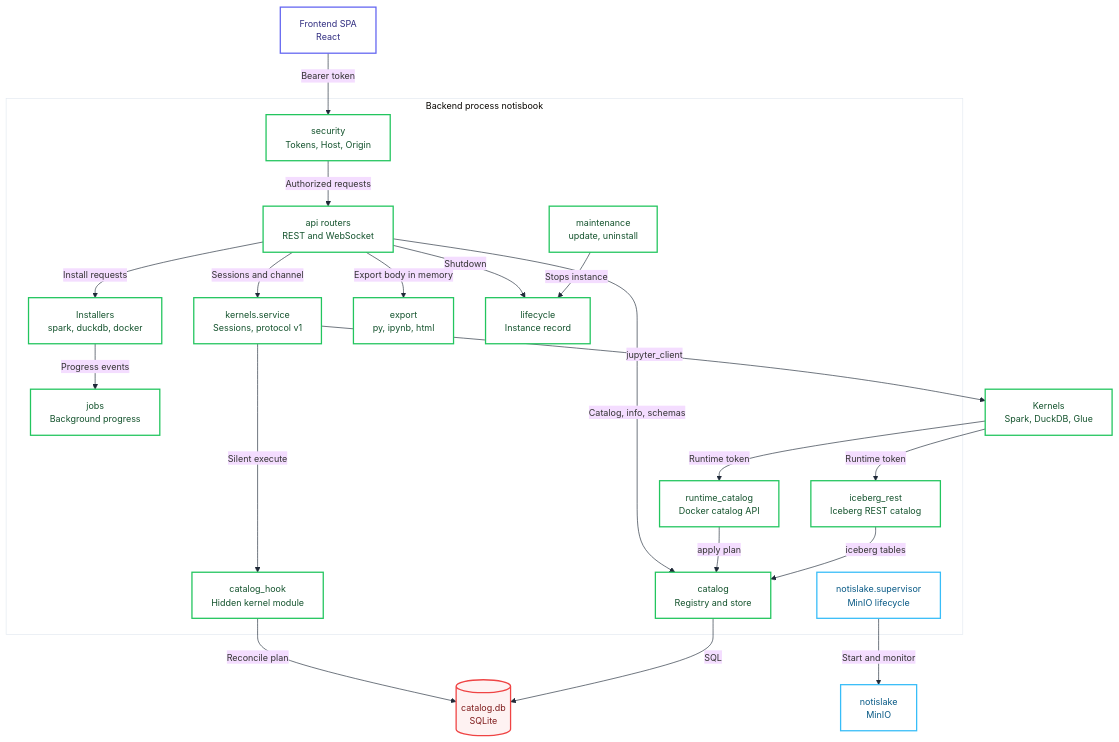
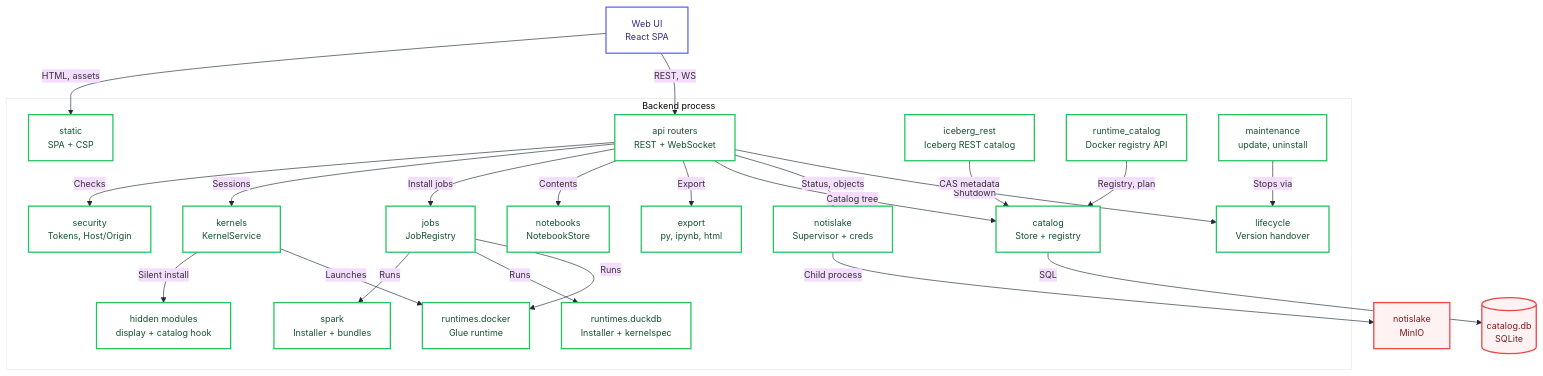
The diagram in docs/arch/component.mmd (ROM-mm/Notisbook), drawn with Mermaid before and after one commit. The commit also changed 55 other files, not shown here.

```diff
--- a/docs/arch/component.mmd
+++ b/docs/arch/component.mmd
@@ -1,58 +1,61 @@
 %%{init: {"theme":"base",
   "fontFamily":"ui-monospace, SFMono-Regular, Menlo, monospace",
   "themeVariables":{
     "fontSize":"14px","lineColor":"#1F2937",
     "clusterBkg":"#FFFFFF","clusterBorder":"#E2E8F0"}}}%%
 graph TB
-    SPA["Frontend SPA<br/>React"]
+    SPA["Web UI<br/>React SPA"]
 
-    subgraph BACKEND["Backend process notisbook"]
-        SEC["security<br/>Tokens, Host, Origin"]
-        ROUTERS["api routers<br/>REST and WebSocket"]
-        KSVC["kernels.service<br/>Sessions, protocol v1"]
-        HOOK["catalog_hook<br/>Hidden kernel module"]
-        CATREG["catalog<br/>Registry and store"]
+    subgraph BACKEND["Backend process"]
+        STATIC["static<br/>SPA + CSP"]
+        SEC["security<br/>Tokens, Host/Origin"]
+        ROUTERS["api routers<br/>REST + WebSocket"]
         ICEREST["iceberg_rest<br/>Iceberg REST catalog"]
-        RTCAT["runtime_catalog<br/>Docker catalog API"]
-        INST["Installers<br/>spark, duckdb, docker"]
-        JOBS["jobs<br/>Background progress"]
-        SUP["notislake.supervisor<br/>MinIO lifecycle"]
-        EXP["export<br/>py, ipynb, html"]
-        LIFE["lifecycle<br/>Instance record"]
+        RTCAT["runtime_catalog<br/>Docker registry API"]
+        KERN["kernels<br/>KernelService"]
+        HOOKS["hidden modules<br/>display + catalog hook"]
+        SPARKI["spark<br/>Installer + bundles"]
+        DUCKI["runtimes.duckdb<br/>Installer + kernelspec"]
+        DOCKR["runtimes.docker<br/>Glue runtime"]
+        CATALOG["catalog<br/>Store + registry"]
+        NOTISLAKE["notislake<br/>Supervisor + creds"]
+        NBSTORE["notebooks<br/>NotebookStore"]
+        EXPORT["export<br/>py, ipynb, html"]
+        JOBS["jobs<br/>JobRegistry"]
         MAINT["maintenance<br/>update, uninstall"]
+        LIFE["lifecycle<br/>Version handover"]
     end
 
     CATDB[("catalog.db<br/>SQLite")]
     MINIO["notislake<br/>MinIO"]
-    KERNELS["Kernels<br/>Spark, DuckDB, Glue"]
 
-    SPA -->|"Bearer token"| SEC
-    SEC -->|"Authorized requests"| ROUTERS
-    ROUTERS -->|"Sessions and channel"| KSVC
-    ROUTERS -->|"Catalog, info, schemas"| CATREG
-    ROUTERS -->|"Install requests"| INST
-    INST -->|"Progress events"| JOBS
-    ROUTERS -->|"Export body in memory"| EXP
+    SPA -->|"HTML, assets"| STATIC
+    SPA -->|"REST, WS"| ROUTERS
+    ROUTERS -->|"Checks"| SEC
+    ROUTERS -->|"Sessions"| KERN
+    ROUTERS -->|"Install jobs"| JOBS
+    JOBS -->|"Runs"| SPARKI
+    JOBS -->|"Runs"| DUCKI
+    JOBS -->|"Runs"| DOCKR
+    ROUTERS -->|"Contents"| NBSTORE
+    ROUTERS -->|"Export"| EXPORT
+    ROUTERS -->|"Catalog tree"| CATALOG
+    ROUTERS -->|"Status, objects"| NOTISLAKE
     ROUTERS -->|"Shutdown"| LIFE
-    KSVC -->|"Silent execute"| HOOK
-    KSVC -->|"jupyter_client"| KERNELS
-    HOOK -->|"Reconcile plan"| CATDB
-    KERNELS -->|"Runtime token"| RTCAT
-    KERNELS -->|"Runtime token"| ICEREST
-    RTCAT -->|"apply plan"| CATREG
-    ICEREST -->|"iceberg tables"| CATREG
-    CATREG -->|"SQL"| CATDB
-    SUP -->|"Start and monitor"| MINIO
-    MAINT -->|"Stops instance"| LIFE
+    KERN -->|"Silent install"| HOOKS
+    KERN -->|"Launches"| DOCKR
+    ICEREST -->|"CAS metadata"| CATALOG
+    RTCAT -->|"Registry, plan"| CATALOG
+    CATALOG -->|"SQL"| CATDB
+    NOTISLAKE -->|"Child process"| MINIO
+    MAINT -->|"Stops via"| LIFE
 
     classDef external    fill:#FFFFFF,stroke:#F97316,stroke-width:2px,color:#7C2D12
     classDef integration fill:#FFFFFF,stroke:#6366F1,stroke-width:2px,color:#312E81
     classDef processing  fill:#FFFFFF,stroke:#22C55E,stroke-width:2px,color:#14532D
     classDef persistence fill:#FEF2F2,stroke:#EF4444,stroke-width:2px,color:#7F1D1D
     classDef support     fill:#FFFFFF,stroke:#38BDF8,stroke-width:2px,color:#075985
 
     class SPA integration
-    class SEC,ROUTERS,KSVC,HOOK,CATREG,ICEREST,RTCAT,INST,JOBS,EXP,LIFE,MAINT processing
-    class KERNELS processing
-    class SUP,MINIO support
-    class CATDB persistence
+    class STATIC,SEC,ROUTERS,ICEREST,RTCAT,KERN,HOOKS,SPARKI,DUCKI,DOCKR,CATALOG,NOTISLAKE,NBSTORE,EXPORT,JOBS,MAINT,LIFE processing
+    class CATDB,MINIO persistence
```
